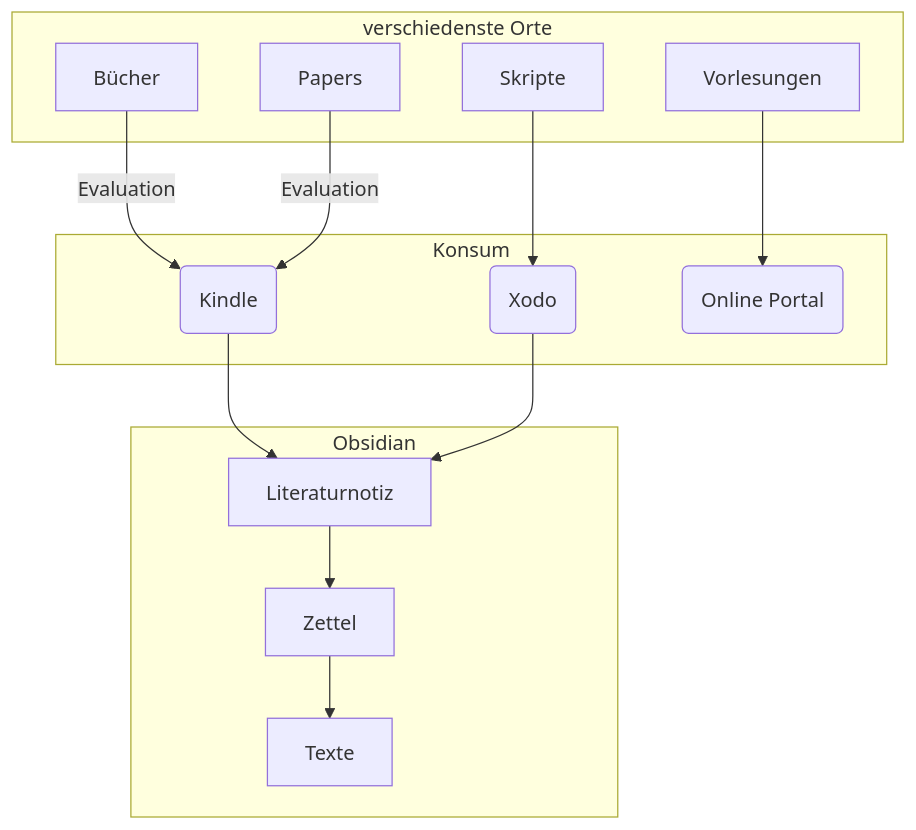
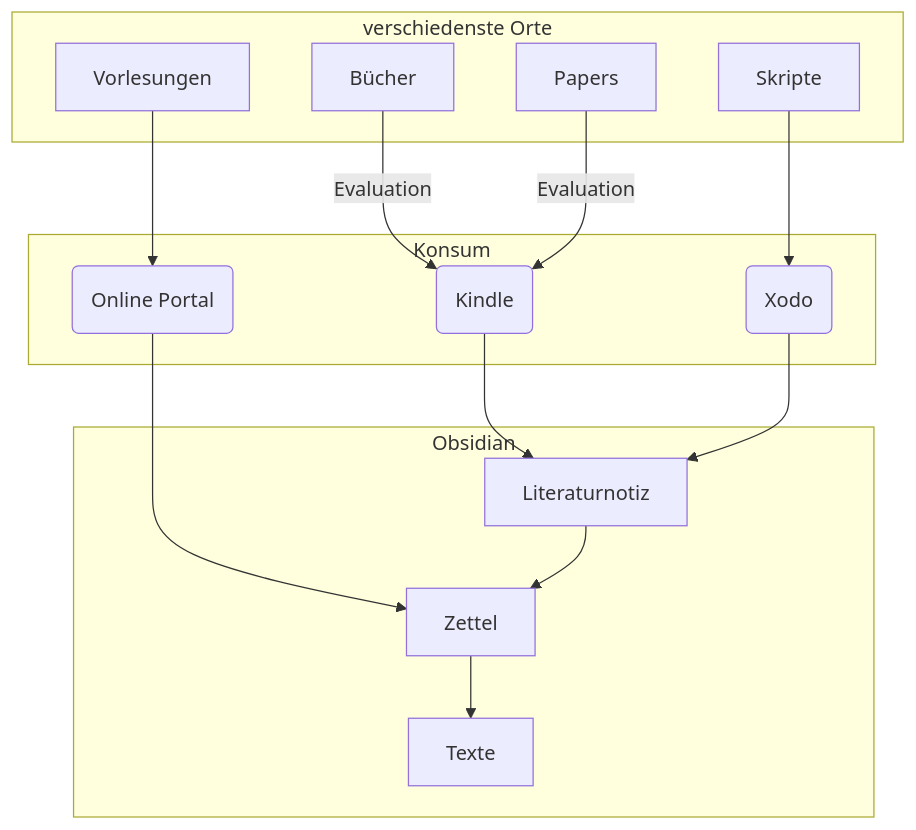
Before and after one commit to julianstoerig/zettelkasten: the diagram in System/Informationsverarbeitung.md, drawn with Mermaid.

Commit message:
automatic version-control: 2021-01-11 22:59:37

````diff
--- a/System/Informationsverarbeitung.md
+++ b/System/Informationsverarbeitung.md
@@ -1,41 +1,42 @@
 ```mermaid
 graph TB;
 
 B["Bücher"]
 S["Skripte"]
 V["Vorlesungen"]
 P["Papers"]
 
 K("Kindle")
 X("Xodo")
 OP("Online Portal")
 
 L["Literaturnotiz"]
 Z["Zettel"]
 T["Texte"]
 
 subgraph verschiedenste Orte
 	B
 	P
 	S
 	V
 end
 
 B & P -->|Evaluation| K
 S --> X
 V --> OP
 
 subgraph Konsum
 	K
 	X
 	OP
 end
 
 K --> L
 X --> L
+OP --> Z
 
 subgraph Obsidian	
 	L --> Z
 	Z --> T
 end
 ```
````
